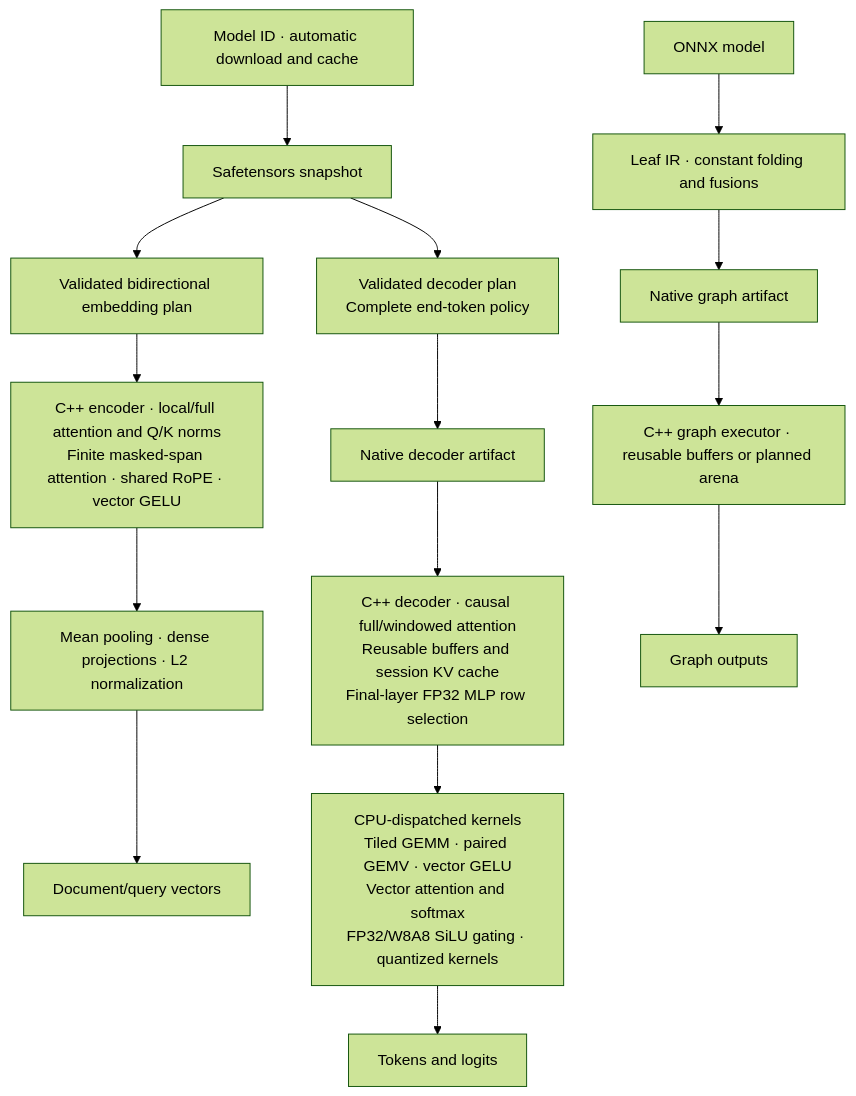
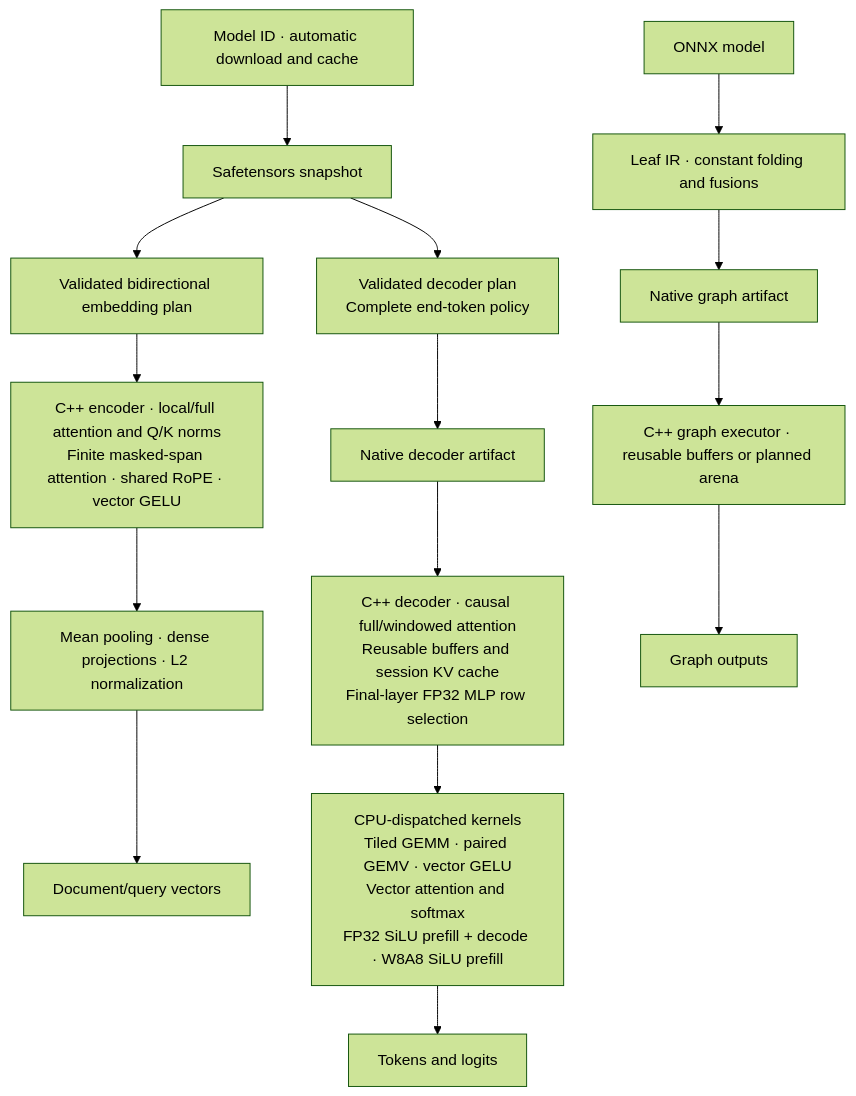
Before and after one commit to Nbit-51/Leaf: the first of 2 diagrams in README.md, drawn with Mermaid (forest theme). The commit also changed other lines of this file and 18 other files, not shown here.

````diff
--- a/README.md
+++ b/README.md
@@ -139,17 +139,17 @@
 ```mermaid
 flowchart TB
     H["Model ID · automatic download and cache"] --> S["Safetensors snapshot"]
     S --> P["Validated decoder plan<br/>Complete end-token policy"]
     S --> B["Validated bidirectional embedding plan"]
     B --> N["C++ encoder · local/full attention and Q/K norms<br/>Finite masked-span attention · shared RoPE · vector GELU"]
     N --> V["Mean pooling · dense projections · L2 normalization"]
     V --> F["Document/query vectors"]
     O["ONNX model"] --> G["Leaf IR · constant folding and fusions"]
     P --> D["Native decoder artifact"]
     G --> A["Native graph artifact"]
     D --> R["C++ decoder · causal full/windowed attention<br/>Reusable buffers and session KV cache<br/>Final-layer FP32 MLP row selection"]
     A --> E["C++ graph executor · reusable buffers or planned arena"]
-    R --> K["CPU-dispatched kernels<br/>Tiled GEMM · paired GEMV · vector GELU<br/>Vector attention and softmax<br/>FP32/W8A8 SiLU gating · quantized kernels"]
+    R --> K["CPU-dispatched kernels<br/>Tiled GEMM · paired GEMV · vector GELU<br/>Vector attention and softmax<br/>FP32 SiLU prefill + decode · W8A8 SiLU prefill"]
     K --> T["Tokens and logits"]
     E --> U["Graph outputs"]
 ```
````
